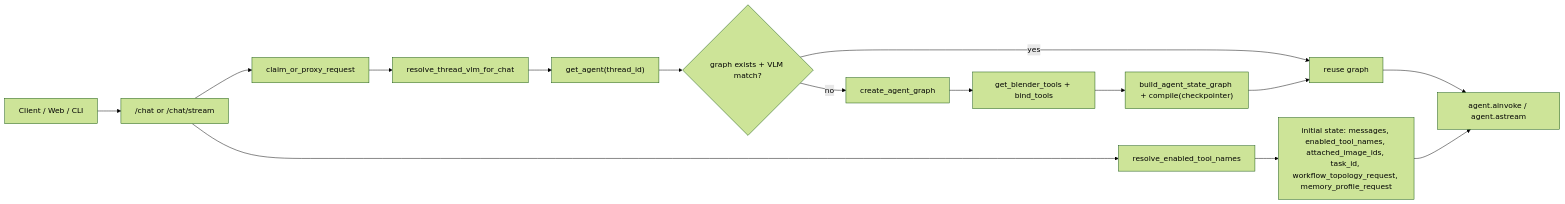
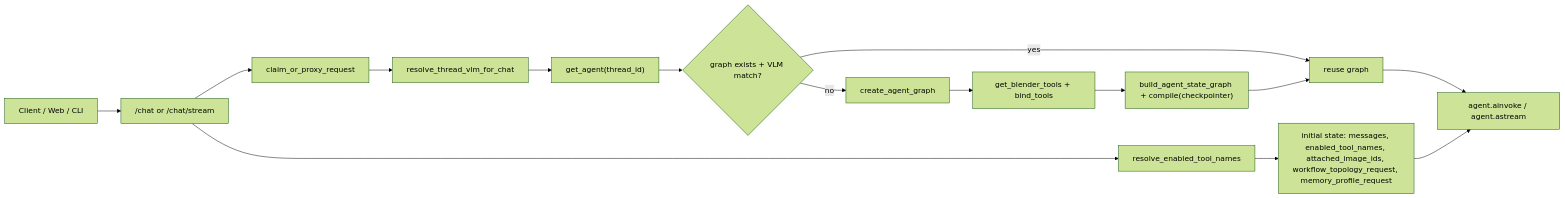
The first of 4 diagrams in docs/architecture/current-agent-workflow.md (3DSceneAgent/Vibe3DScene), drawn with Mermaid (forest theme) before and after one commit. The commit also changed other lines of this file and 39 other files, not shown here.

````diff
--- a/docs/architecture/current-agent-workflow.md
+++ b/docs/architecture/current-agent-workflow.md
@@ -34,19 +31,19 @@
 ```mermaid
 flowchart LR
     A["Client / Web / CLI"] --> B["/chat or /chat/stream"]
     B --> C["claim_or_proxy_request"]
     C --> D["resolve_thread_vlm_for_chat"]
     D --> E["get_agent(thread_id)"]
 
     E --> F{"graph exists + VLM match?"}
     F -->|no| G["create_agent_graph"]
     G --> H["get_blender_tools + bind_tools"]
     H --> I["build_agent_state_graph + compile(checkpointer)"]
     F -->|yes| J["reuse graph"]
     I --> J
 
     B --> K["resolve_enabled_tool_names"]
-    K --> L["initial state: messages, enabled_tool_names, attached_image_ids, task_id, workflow_topology_request, memory_profile_request"]
+    K --> L["initial state: messages, enabled_tool_names, attached_image_ids, workflow_topology_request, memory_profile_request"]
     J --> M["agent.ainvoke / agent.astream"]
     L --> M
 ```
````
